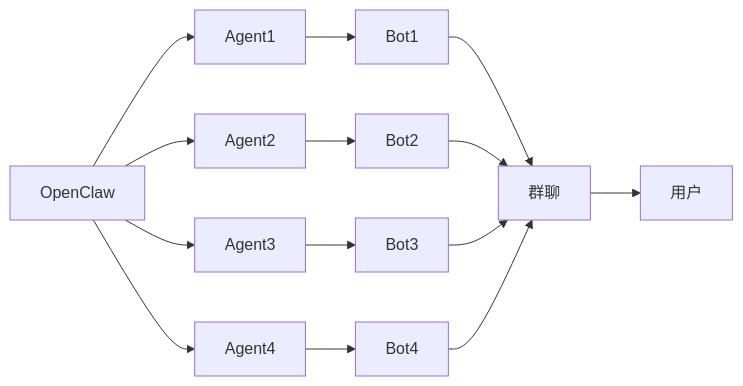
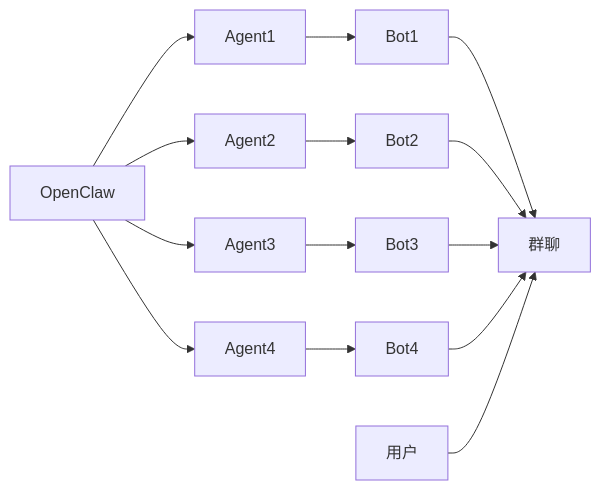
One commit to wener/openclaw-feishu-channel changed the diagram in README.md. Above: the diagram before and after it, drawn with Mermaid.

Commit message:
docs: 调整用户箭头方向

````diff
--- a/README.md
+++ b/README.md
@@ -30,19 +30,19 @@
 ```mermaid
 graph LR
     OpenClaw[OpenClaw] --> A1[Agent1]
     OpenClaw --> A2[Agent2]
     OpenClaw --> A3[Agent3]
     OpenClaw --> A4[Agent4]
     
     A1 --> B1[Bot1]
     A2 --> B2[Bot2]
     A3 --> B3[Bot3]
     A4 --> B4[Bot4]
     
     B1 --> Group[群聊]
     B2 --> Group
     B3 --> Group
     B4 --> Group
     
-    Group --> User[用户]
+    User[用户] --> Group
 ```
````
